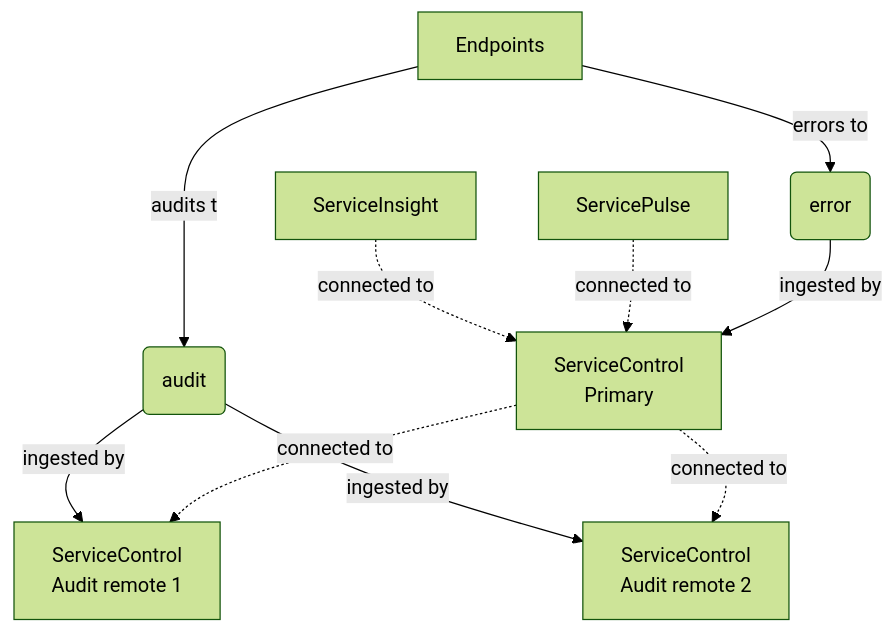
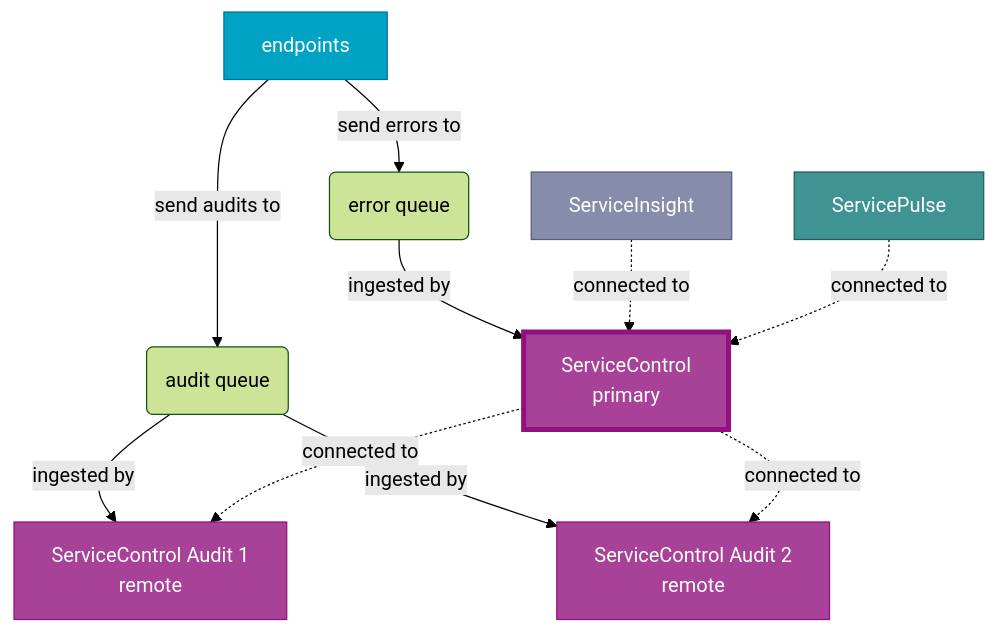
Before and after one commit to Particular/docs.particular.net: the second of 3 diagrams in servicecontrol/servicecontrol-instances/remotes.md, drawn with Mermaid (forest theme). The commit also changed other lines of this file, not shown here.

````diff
--- a/servicecontrol/servicecontrol-instances/remotes.md
+++ b/servicecontrol/servicecontrol-instances/remotes.md
@@ -41,15 +51,28 @@
 ```mermaid
 graph TD
-SI[ServiceInsight] -. connected to .->Primary
-SP[ServicePulse] -. connected to .-> Primary
-Endpoints -- audits to--> AuditsMain(audit)
-Endpoints -- errors to --> Errors(error)
-Primary[ServiceControl<br/>Primary]
-Secondary1[ServiceControl<br/>Audit remote 1]
-Secondary2[ServiceControl<br/>Audit remote 2]
-AuditsMain -- ingested by --> Secondary1
-AuditsMain -- ingested by --> Secondary2
-Errors-- ingested by --> Primary
-Primary -. connected to .-> Secondary1
-Primary -. connected to .-> Secondary2
+Endpoints[endpoints] -- send audits to --> AuditQueue(audit queue)
+
+Endpoints -- send errors to --> ErrorQueue(error queue)
+
+ErrorQueue -- ingested by --> ServiceControl[ServiceControl<br/>primary]
+ServiceInsight -. connected to .-> ServiceControl
+ServicePulse -. connected to .-> ServiceControl
+
+AuditQueue -- ingested by --> ServiceControlAudit1[ServiceControl Audit 1<br/>remote]
+ServiceControl -. connected to .-> ServiceControlAudit1
+
+AuditQueue -- ingested by --> ServiceControlAudit2[ServiceControl Audit 2<br/>remote]
+ServiceControl -. connected to .-> ServiceControlAudit2
+
+classDef Endpoints fill:#00A3C4,stroke:#00729C,color:#FFFFFF
+classDef ServiceInsight fill:#878CAA,stroke:#585D80,color:#FFFFFF
+classDef ServicePulse fill:#409393,stroke:#205B5D,color:#FFFFFF
+classDef ServiceControlPrimary fill:#A84198,stroke:#92117E,color:#FFFFFF,stroke-width:4px
+classDef ServiceControlRemote fill:#A84198,stroke:#92117E,color:#FFFFFF
+
+class Endpoints Endpoints
+class ServiceInsight ServiceInsight
+class ServicePulse ServicePulse
+class ServiceControl ServiceControlPrimary
+class ServiceControlAudit1,ServiceControlAudit2 ServiceControlRemote
 ```
````
